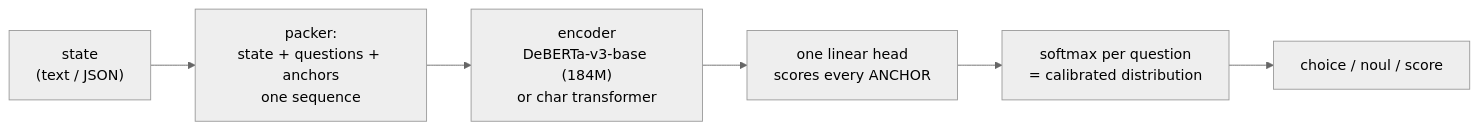
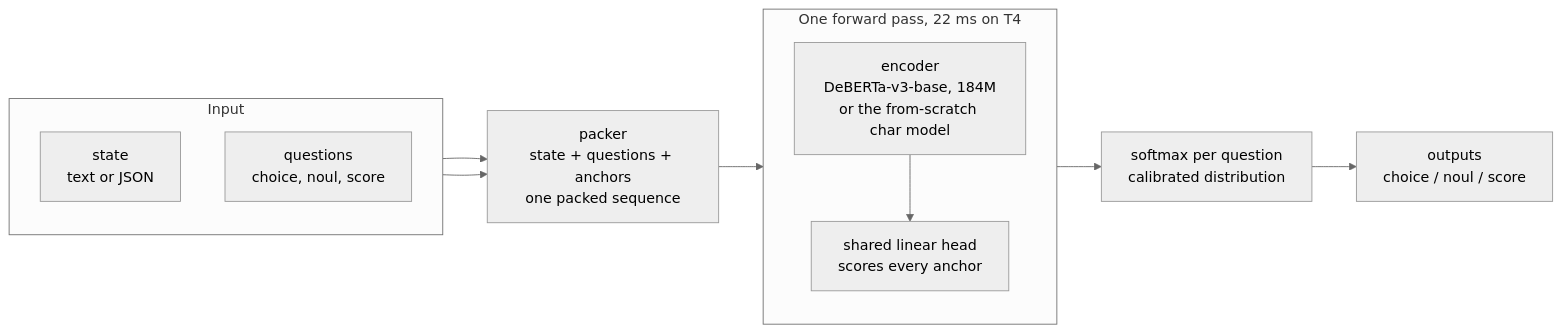
The first of 2 diagrams in README.md (divyanshudhruv/oev), drawn with Mermaid (neutral theme) before and after one commit. The commit also changed other lines of this file and 7 other files, not shown here.

Commit message:
docs(bench): zero-shot emotion in charts, global image URLs, architecture diagram

````diff
--- a/README.md
+++ b/README.md
@@ -66,8 +65,26 @@
 ```mermaid
 flowchart LR
-    S["state\n(text / JSON)"] --> P["packer:\nstate + questions + anchors\none sequence"]
-    P --> E["encoder\nDeBERTa-v3-base (184M)\nor char transformer"]
-    E --> H["one linear head\nscores every ANCHOR"]
-    H --> D["softmax per question\n= calibrated distribution"]
-    D --> O["choice / noul / score"]
+    subgraph input["Input"]
+        direction TB
+        S["state<br/>text or JSON"]
+        Q["questions<br/>choice, noul, score"]
+    end
+
+    P["packer<br/>state + questions + anchors<br/>one packed sequence"]
+
+    subgraph pass["One forward pass, 22 ms on T4"]
+        direction TB
+        E["encoder<br/>DeBERTa-v3-base, 184M<br/>or the from-scratch char model"]
+        H["shared linear head<br/>scores every anchor"]
+    end
+
+    D["softmax per question<br/>calibrated distribution"]
+    O["outputs<br/>choice / noul / score"]
+
+    S --> P
+    Q --> P
+    P --> E
+    E --> H
+    H --> D
+    D --> O
 ```
````
